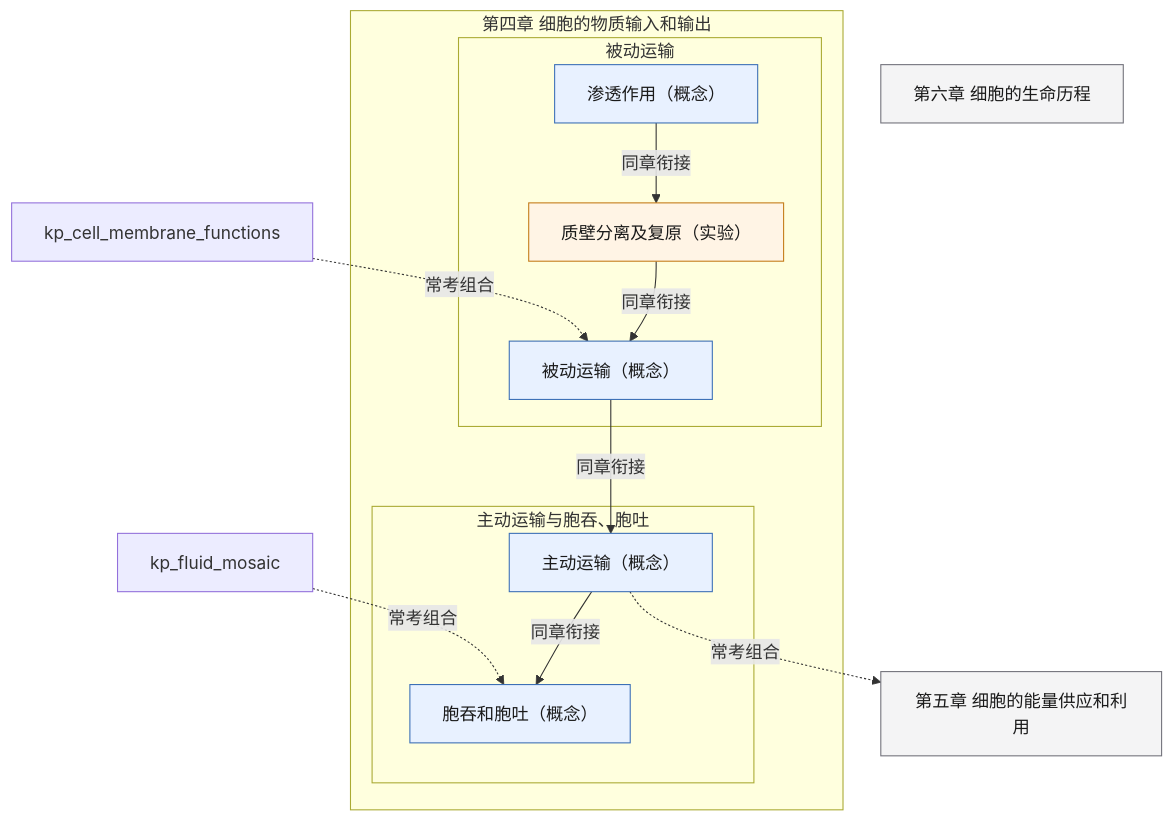
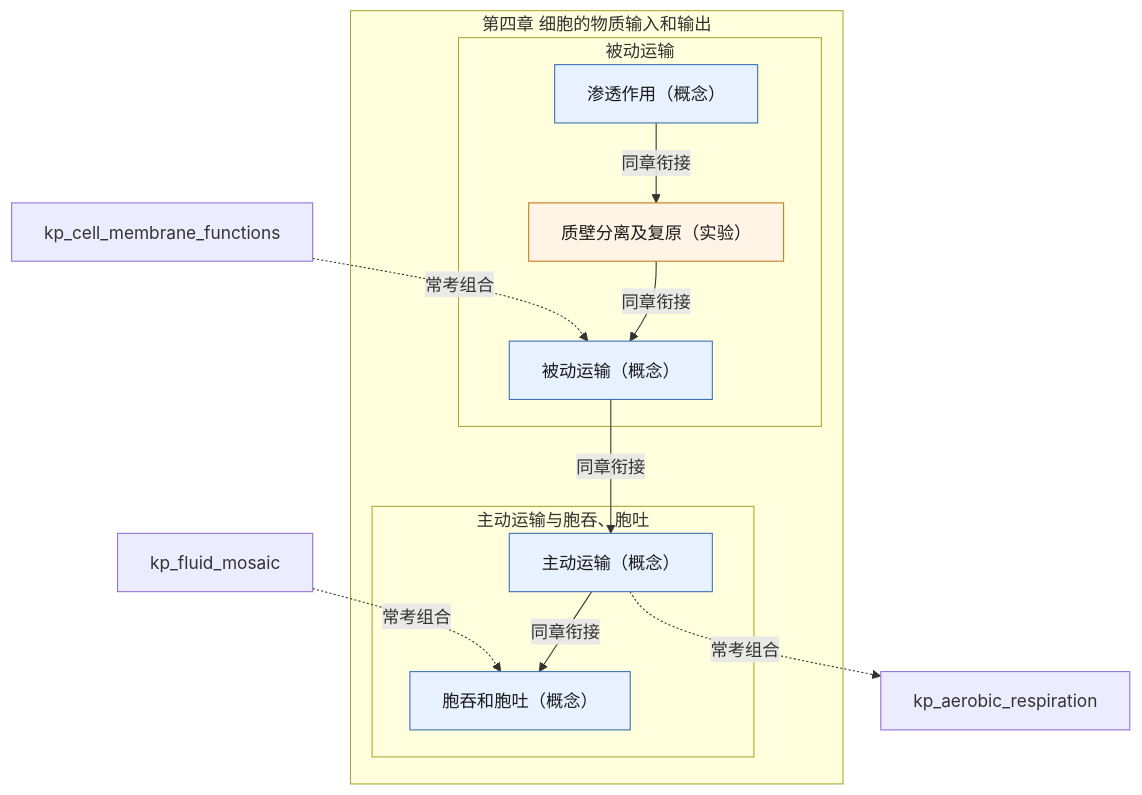
Before and after one commit to lihenair/high-school-ai-tutor-skill: the diagram in skills/high-school-ai-tutor/references/pep-bio-bx1-ch4.md, drawn with Mermaid. The commit also changed 26 other files, not shown here.

First line of the commit message:
feat(bio): 跨教材知识联系图谱——占位符清退 + 53 条组合边 + 联系图谱文档

````diff
--- a/skills/high-school-ai-tutor/references/pep-bio-bx1-ch4.md
+++ b/skills/high-school-ai-tutor/references/pep-bio-bx1-ch4.md
@@ -5,27 +5,25 @@
 ```mermaid
 flowchart TD
   classDef concept fill:#E8F1FF,stroke:#3B6FB6,color:#1A1A1A
   classDef skill fill:#E7F6EE,stroke:#2E7D4F,color:#1A1A1A
   classDef experiment fill:#FFF4E5,stroke:#C47B17,color:#1A1A1A
   classDef later fill:#F4F4F5,stroke:#71717A,color:#1A1A1A
   subgraph ch["第四章 细胞的物质输入和输出"]
     subgraph s1["被动运输"]
       kp_osmosis["渗透作用（概念）"]:::concept
       kp_plasmolysis["质壁分离及复原（实验）"]:::experiment
       kp_passive_transport["被动运输（概念）"]:::concept
     end
     subgraph s2["主动运输与胞吞、胞吐"]
       kp_active_transport["主动运输（概念）"]:::concept
       kp_endocytosis_exocytosis["胞吞和胞吐（概念）"]:::concept
     end
   end
-  bx1_ch5["第五章 细胞的能量供应和利用"]:::later
-  bx1_ch6["第六章 细胞的生命历程"]:::later
   kp_osmosis -->|同章衔接| kp_plasmolysis
   kp_plasmolysis -->|同章衔接| kp_passive_transport
   kp_passive_transport -->|同章衔接| kp_active_transport
   kp_active_transport -->|同章衔接| kp_endocytosis_exocytosis
   kp_cell_membrane_functions -.->|常考组合| kp_passive_transport
   kp_fluid_mosaic -.->|常考组合| kp_endocytosis_exocytosis
-  kp_active_transport -.->|常考组合| bx1_ch5
+  kp_active_transport -.->|常考组合| kp_aerobic_respiration
 ```
````
